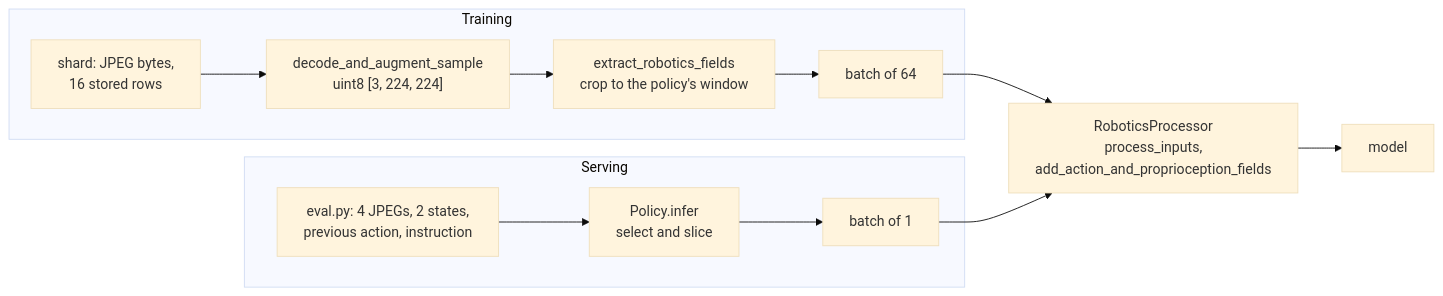
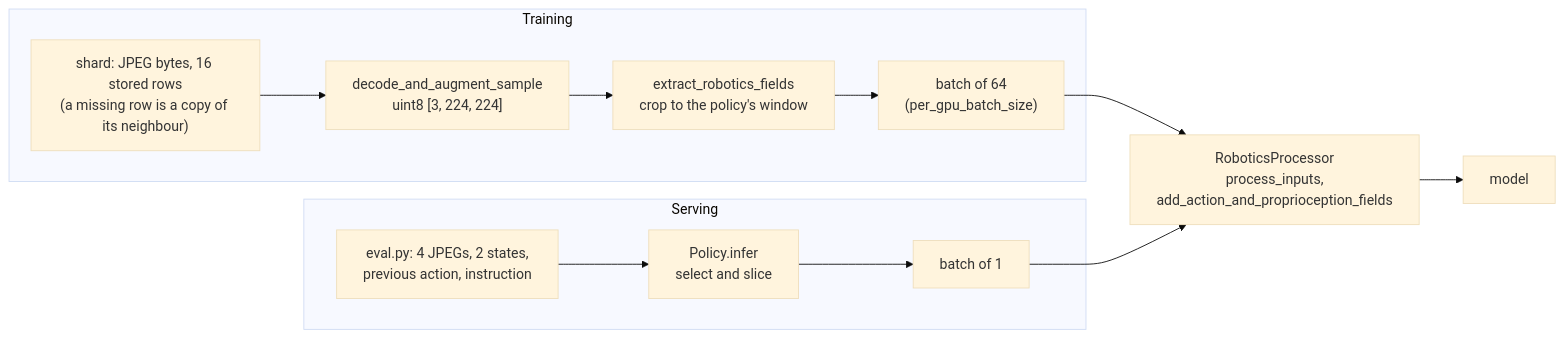
The diagram in content/chapters/93-train-inference-skew.md (arianizadi/vla-from-scratch-site), drawn with Mermaid (base theme) before and after one commit. The commit also changed other lines of this file and 479 other files, not shown here.

````diff
--- a/content/chapters/93-train-inference-skew.md
+++ b/content/chapters/93-train-inference-skew.md
@@ -50,15 +51,15 @@
 ```mermaid
 flowchart LR
     subgraph Training
-        S["shard: JPEG bytes,<br/>16 stored rows"] --> D["decode_and_augment_sample<br/>uint8 [3, 224, 224]"]
+        S["shard: JPEG bytes, 16 stored rows<br/>(a missing row is a copy of its neighbour)"] --> D["decode_and_augment_sample<br/>uint8 [3, 224, 224]"]
         D --> X["extract_robotics_fields<br/>crop to the policy's window"]
-        X --> B["batch of 64"]
+        X --> B["batch of 64<br/>(per_gpu_batch_size)"]
     end
     subgraph Serving
         C["eval.py: 4 JPEGs, 2 states,<br/>previous action, instruction"] --> I["Policy.infer<br/>select and slice"]
         I --> O["batch of 1"]
     end
     B --> P["RoboticsProcessor<br/>process_inputs,<br/>add_action_and_proprioception_fields"]
     O --> P
     P --> M["model"]
 ```
````
